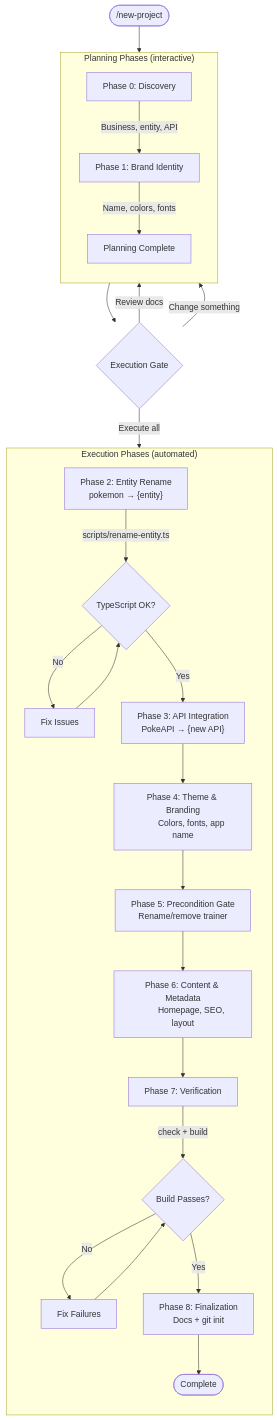
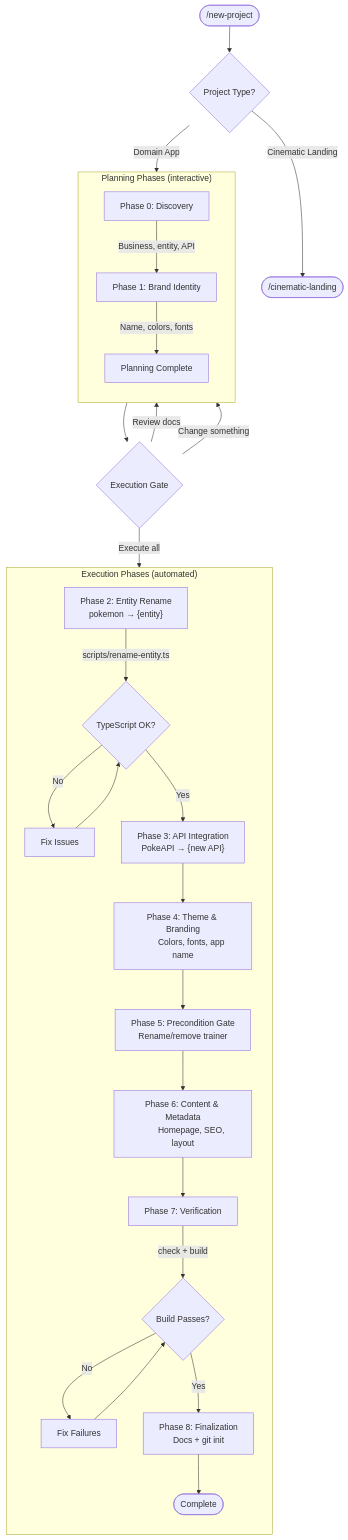
Before and after one commit to jesusidev/snap-fe: the second of 2 diagrams in .claude/README.md, drawn with Mermaid. The commit also changed other lines of this file and 3 other files, not shown here.

First line of the commit message:
feat: add cinematic landing page builder workflow

````diff
--- a/.claude/README.md
+++ b/.claude/README.md
@@ -104,51 +105,53 @@
 ```mermaid
 flowchart TD
-    Start(["/new-project"]) --> P0
+    Start(["/new-project"]) --> TypeSelect{Project Type?}
+    TypeSelect -->|"Domain App"| P0
+    TypeSelect -->|"Cinematic Landing"| CL(["/cinematic-landing"])
 
     subgraph Planning ["Planning Phases (interactive)"]
         direction TB
         P0[Phase 0: Discovery]
         P0 -->|"Business, entity, API"| P1
         P1[Phase 1: Brand Identity]
         P1 -->|"Name, colors, fonts"| PlanDone[Planning Complete]
     end
 
     PlanDone --> Gate{Execution Gate}
     Gate -->|"Review docs"| Planning
     Gate -->|"Change something"| Planning
     Gate -->|"Execute all"| P2
 
     subgraph Execution ["Execution Phases (automated)"]
         direction TB
         P2["Phase 2: Entity Rename
         pokemon → {entity}"]
         P2 -->|"scripts/rename-entity.ts"| P2V{TypeScript OK?}
         P2V -->|No| P2Fix[Fix Issues] --> P2V
         P2V -->|Yes| P3
 
         P3["Phase 3: API Integration
         PokeAPI → {new API}"]
         P3 --> P4
 
         P4["Phase 4: Theme & Branding
         Colors, fonts, app name"]
         P4 --> P5
 
         P5["Phase 5: Precondition Gate
         Rename/remove trainer"]
         P5 --> P6
 
         P6["Phase 6: Content & Metadata
         Homepage, SEO, layout"]
         P6 --> P7
 
         P7[Phase 7: Verification]
         P7 -->|"check + build"| P7V{Build Passes?}
         P7V -->|No| P7Fix[Fix Failures] --> P7V
         P7V -->|Yes| P8
 
         P8["Phase 8: Finalization
         Docs + git init"]
         P8 --> Done([Complete])
     end
 ```
````
